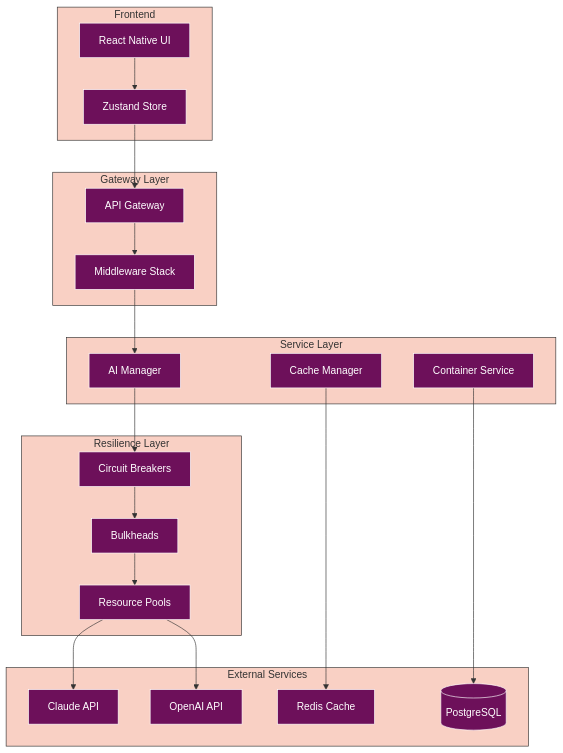
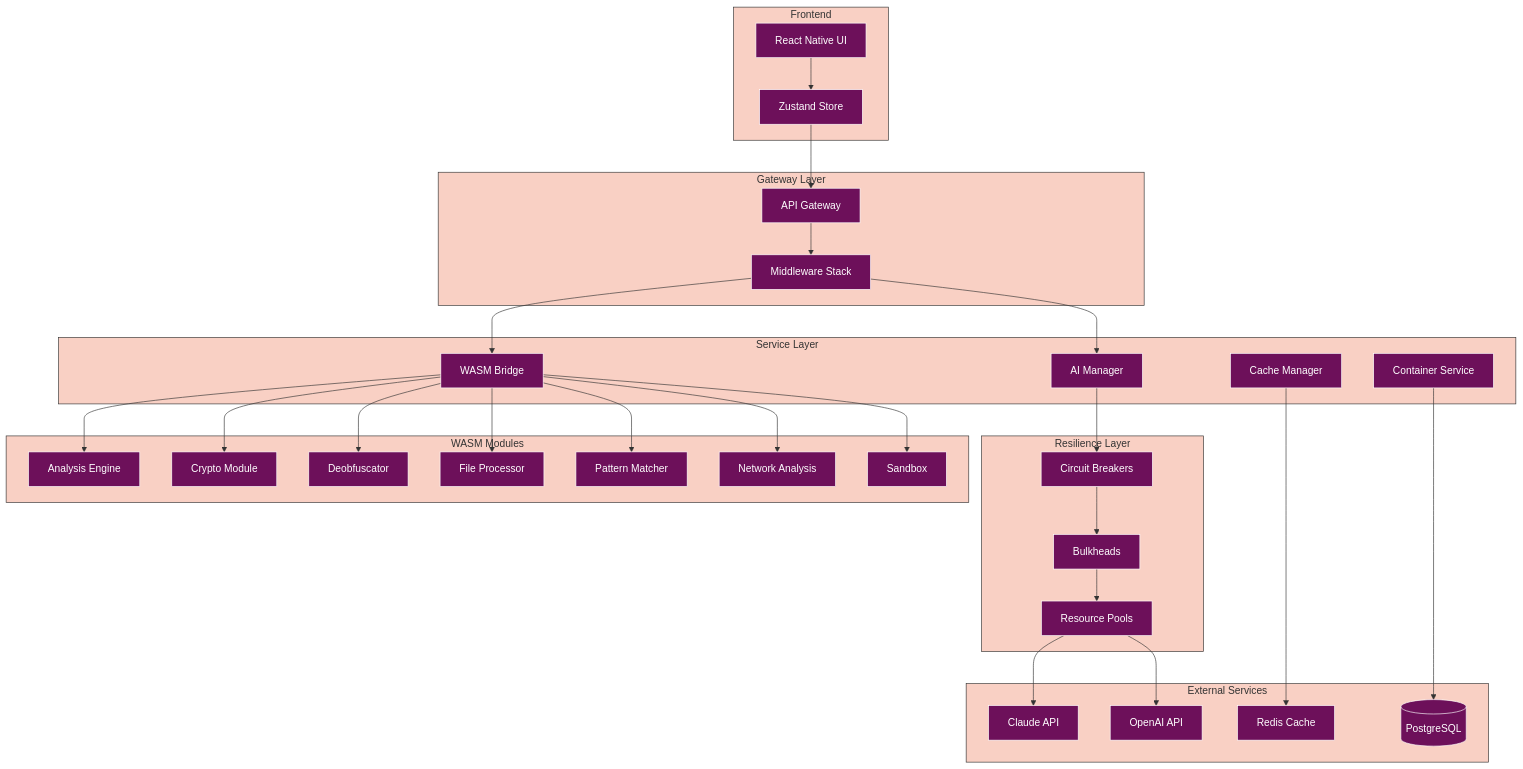
The tenth of 11 diagrams in docs/GETTING_STARTED.md (radicalkjax/Athena), drawn with Mermaid before and after one commit. The commit also changed other lines of this file and 289 other files, not shown here.

```diff
--- a/docs/GETTING_STARTED.md
+++ b/docs/GETTING_STARTED.md
@@ -884,6 +897,7 @@
     
     subgraph "Service Layer"
         AIManager[AI Manager]
+        WASMBridge[WASM Bridge]
         Cache[Cache Manager]
         Container[Container Service]
     end
@@ -892,6 +906,16 @@
         CB[Circuit Breakers]
         BH[Bulkheads]
         Pool[Resource Pools]
+    end
+    
+    subgraph "WASM Modules"
+        Analysis[Analysis Engine]
+        Crypto[Crypto Module]
+        Deobf[Deobfuscator]
+        FileProc[File Processor]
+        Pattern[Pattern Matcher]
+        Network[Network Analysis]
+        Sandbox[Sandbox]
     end
     
     subgraph "External Services"
@@ -905,6 +929,15 @@
     Store --> API
     API --> MW
     MW --> AIManager
+    MW --> WASMBridge
+    
+    WASMBridge --> Analysis
+    WASMBridge --> Crypto
+    WASMBridge --> Deobf
+    WASMBridge --> FileProc
+    WASMBridge --> Pattern
+    WASMBridge --> Network
+    WASMBridge --> Sandbox
     
     AIManager --> CB
     CB --> BH
```
